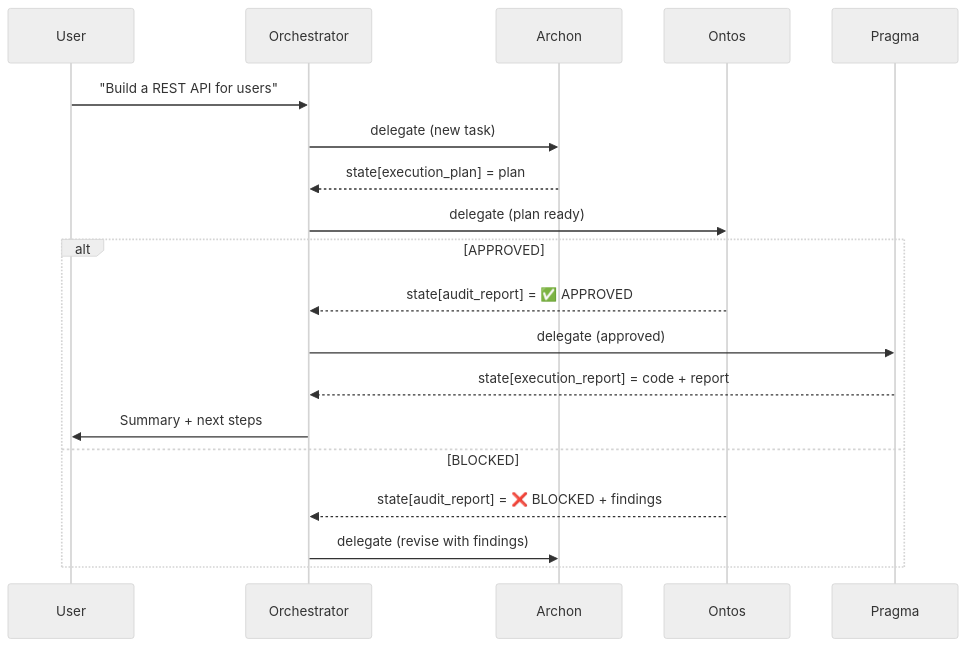
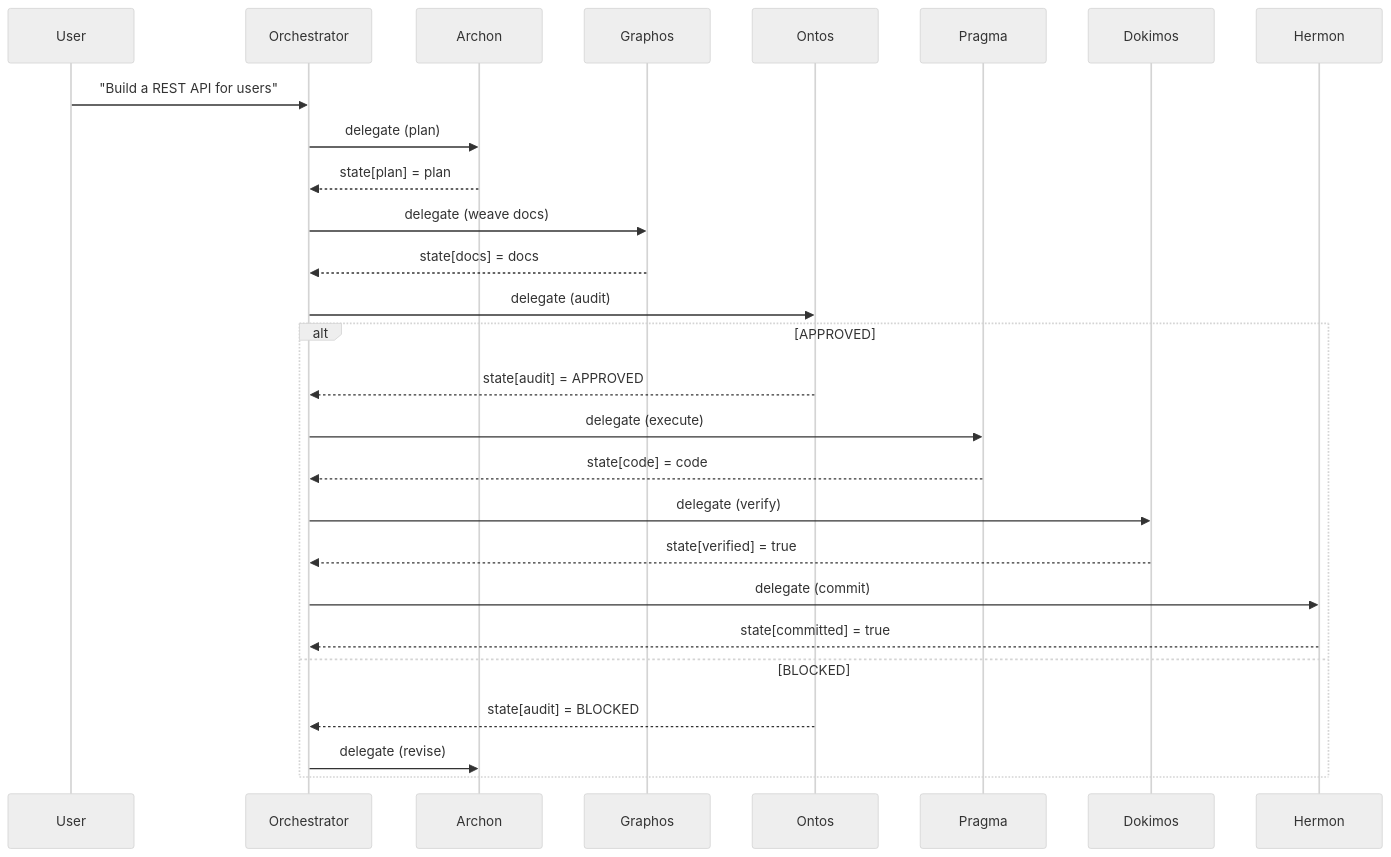
Before and after one commit to ancrz/sdk-agent-pipeline: the second of 4 diagrams in README.md, drawn with Mermaid (neutral theme). The commit also changed other lines of this file and 1 other file, not shown here.

Commit message:
feat(agents): inject V2 Topos agents into SDK and document AWX/MCP MVP
Upgrades agent.py to the 6-stage Auto-Evolutionary architecture. Introduces docs/ for the Event-Driven MVP utilizing Anchor MCPs, ACP orchestrators, A2A, and AWX Linux target deployments.

````diff
--- a/README.md
+++ b/README.md
@@ -54,22 +54,30 @@
 ```mermaid
 sequenceDiagram
     participant U as User
     participant O as Orchestrator
     participant A as Archon
+    participant G as Graphos
     participant N as Ontos
     participant P as Pragma
+    participant D as Dokimos
+    participant H as Hermon
 
     U->>O: "Build a REST API for users"
-    O->>A: delegate (new task)
-    A-->>O: state[execution_plan] = plan
-    O->>N: delegate (plan ready)
+    O->>A: delegate (plan)
+    A-->>O: state[plan] = plan
+    O->>G: delegate (weave docs)
+    G-->>O: state[docs] = docs
+    O->>N: delegate (audit)
     alt APPROVED
-        N-->>O: state[audit_report] = ✅ APPROVED
-        O->>P: delegate (approved)
-        P-->>O: state[execution_report] = code + report
-        O->>U: Summary + next steps
+        N-->>O: state[audit] = APPROVED
+        O->>P: delegate (execute)
+        P-->>O: state[code] = code
+        O->>D: delegate (verify)
+        D-->>O: state[verified] = true
+        O->>H: delegate (commit)
+        H-->>O: state[committed] = true
     else BLOCKED
-        N-->>O: state[audit_report] = ❌ BLOCKED + findings
-        O->>A: delegate (revise with findings)
+        N-->>O: state[audit] = BLOCKED
+        O->>A: delegate (revise)
     end
 ```
````
